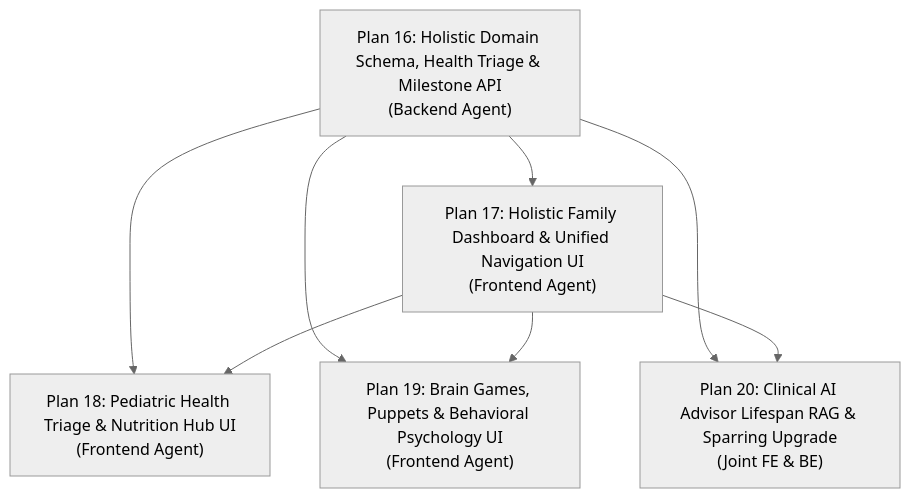
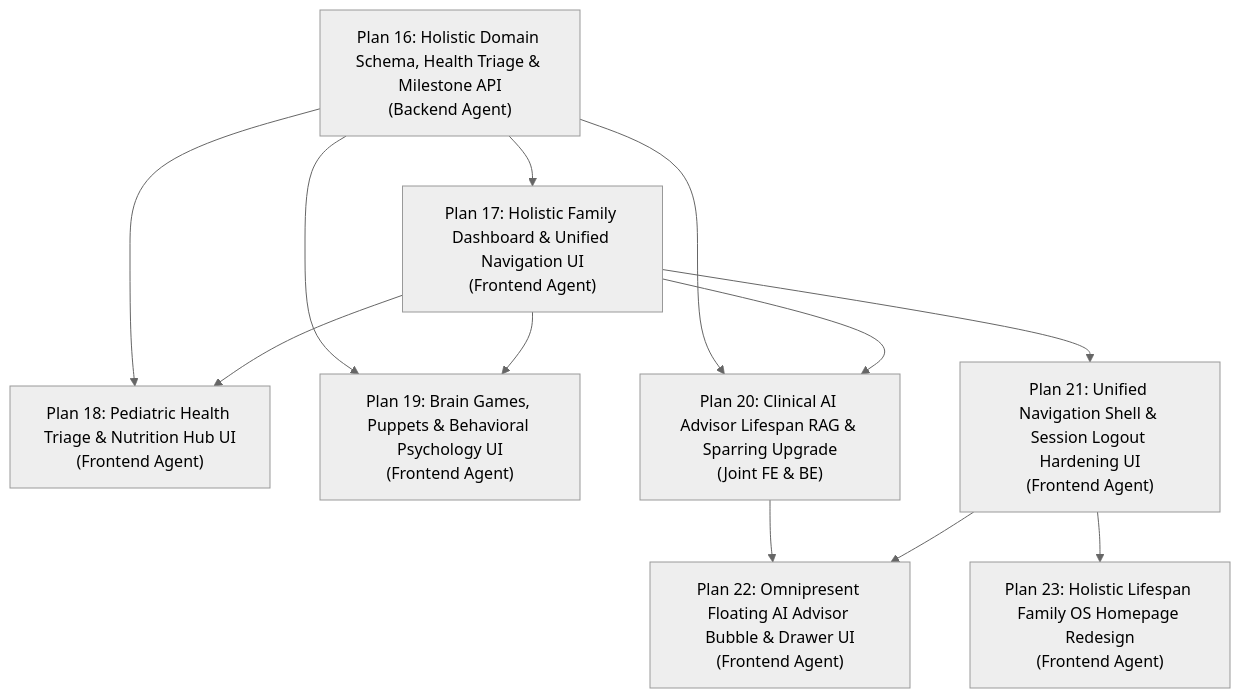
One commit to Souheil007/AlongSide changed the second of 2 diagrams in docs/technical-roadmap-v2.4.0.md. Above: the diagram before and after it, drawn with Mermaid (neutral theme). The commit also changed other lines of this file and 5 other files, not shown here.

````diff
--- a/docs/technical-roadmap-v2.4.0.md
+++ b/docs/technical-roadmap-v2.4.0.md
@@ -198,16 +199,23 @@
 ```mermaid
 graph TD
     P16["Plan 16: Holistic Domain Schema, Health Triage & Milestone API<br/>(Backend Agent)"]
     P17["Plan 17: Holistic Family Dashboard & Unified Navigation UI<br/>(Frontend Agent)"]
     P18["Plan 18: Pediatric Health Triage & Nutrition Hub UI<br/>(Frontend Agent)"]
     P19["Plan 19: Brain Games, Puppets & Behavioral Psychology UI<br/>(Frontend Agent)"]
     P20["Plan 20: Clinical AI Advisor Lifespan RAG & Sparring Upgrade<br/>(Joint FE & BE)"]
+    P21["Plan 21: Unified Navigation Shell & Session Logout Hardening UI<br/>(Frontend Agent)"]
+    P22["Plan 22: Omnipresent Floating AI Advisor Bubble & Drawer UI<br/>(Frontend Agent)"]
+    P23["Plan 23: Holistic Lifespan Family OS Homepage Redesign<br/>(Frontend Agent)"]
 
     P16 --> P17
     P16 --> P18
     P16 --> P19
     P16 --> P20
     P17 --> P18
     P17 --> P19
     P17 --> P20
+    P17 --> P21
+    P20 --> P22
+    P21 --> P22
+    P21 --> P23
 ```
````
